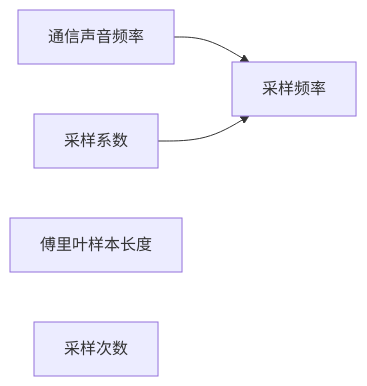
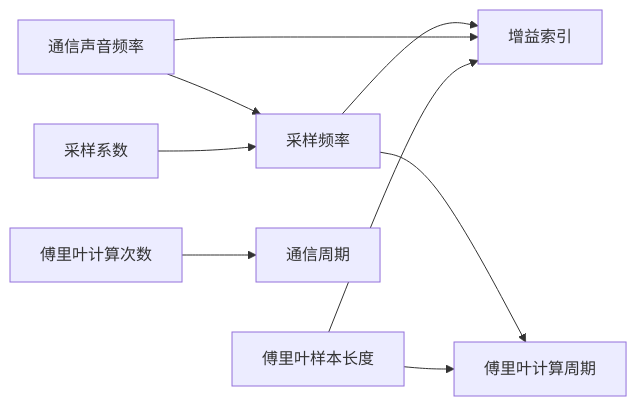
One commit to nan-mu/voice-echo changed the fourth of 5 diagrams in 基于ESP32C3单片机的回声测距验证实验.md. Above: the diagram before and after it, drawn with Mermaid. The commit also changed other lines of this file and 1 other file, not shown here.

````diff
--- a/基于ESP32C3单片机的回声测距验证实验.md
+++ b/基于ESP32C3单片机的回声测距验证实验.md
@@ -140,9 +144,12 @@
 ```mermaid
 flowchart LR
-    通信声音频率-->采样频率
-    采样系数-->采样频率
-    傅里叶样本长度
-    采样次数
+    通信声音频率-->采样频率-->增益索引
+    采样系数-->采样频率-->傅里叶计算周期
+    通信声音频率-->增益索引
+    傅里叶样本长度-->增益索引
+    傅里叶样本长度-->傅里叶计算周期
+    傅里叶计算次数-->通信周期
+    
 
 
 ```
````
